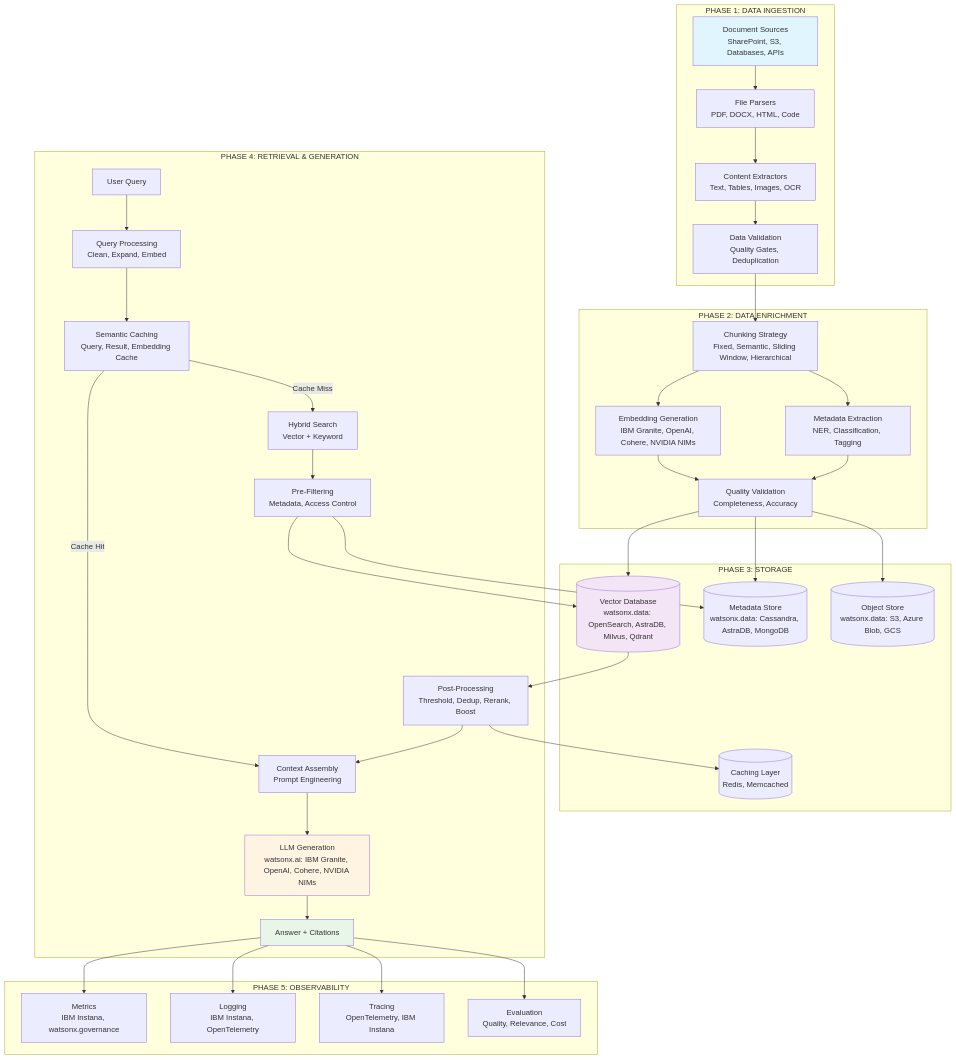
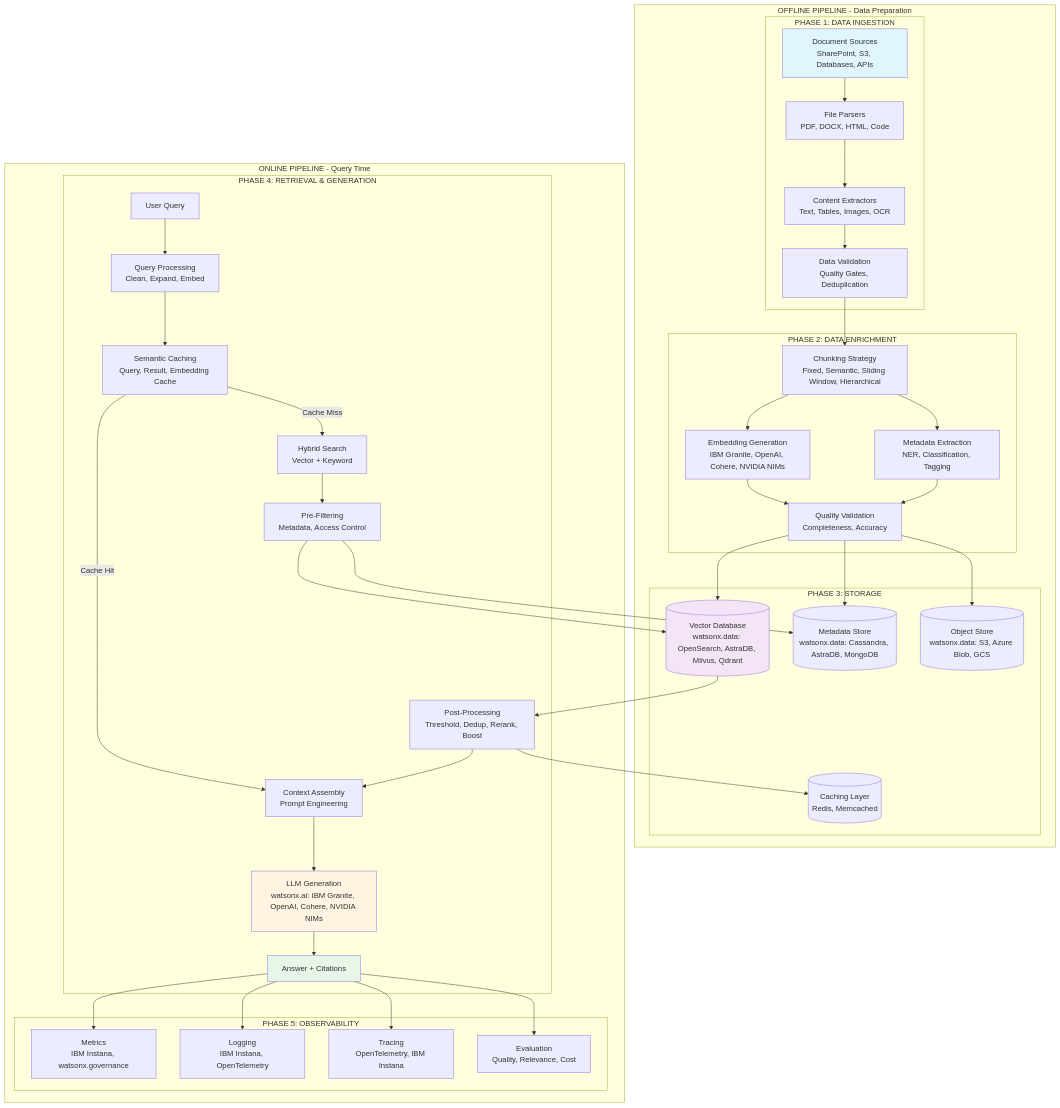
One commit to pravinbhat/pravinbhat.github.io changed the first of 5 diagrams in Enterprise_RAG_Architecture_Guide.md. Above: the diagram before and after it, drawn with Mermaid. The commit also changed other lines of this file, not shown here.

Commit message:
Reduced redundancy by combining ref-arch with data-flow diagrams

````diff
--- a/Enterprise_RAG_Architecture_Guide.md
+++ b/Enterprise_RAG_Architecture_Guide.md
@@ -129,75 +109,79 @@
 ```mermaid
 graph TB
-    subgraph "PHASE 1: DATA INGESTION"
-        Sources[Document Sources<br/>SharePoint, S3, Databases, APIs]
-        Parsers[File Parsers<br/>PDF, DOCX, HTML, Code]
-        Extractors[Content Extractors<br/>Text, Tables, Images, OCR]
-        Validation[Data Validation<br/>Quality Gates, Deduplication]
+    subgraph "OFFLINE PIPELINE - Data Preparation"
+        subgraph "PHASE 1: DATA INGESTION"
+            Sources[Document Sources<br/>SharePoint, S3, Databases, APIs]
+            Parsers[File Parsers<br/>PDF, DOCX, HTML, Code]
+            Extractors[Content Extractors<br/>Text, Tables, Images, OCR]
+            Validation[Data Validation<br/>Quality Gates, Deduplication]
+            
+            Sources --> Parsers
+            Parsers --> Extractors
+            Extractors --> Validation
+        end
         
-        Sources --> Parsers
-        Parsers --> Extractors
-        Extractors --> Validation
+        subgraph "PHASE 2: DATA ENRICHMENT"
+            Chunking[Chunking Strategy<br/>Fixed, Semantic, Sliding Window, Hierarchical]
+            Embedding[Embedding Generation<br/>IBM Granite, OpenAI, Cohere, NVIDIA NIMs]
+            Metadata[Metadata Extraction<br/>NER, Classification, Tagging]
+            QualityCheck[Quality Validation<br/>Completeness, Accuracy]
+            
+            Validation --> Chunking
+            Chunking --> Embedding
+            Chunking --> Metadata
+            Embedding --> QualityCheck
+            Metadata --> QualityCheck
+        end
+        
+        subgraph "PHASE 3: STORAGE"
+            VectorDB[(Vector Database<br/>watsonx.data: OpenSearch, AstraDB, Milvus, Qdrant)]
+            MetadataDB[(Metadata Store<br/>watsonx.data: Cassandra, AstraDB, MongoDB)]
+            DocStore[(Object Store<br/>watsonx.data: S3, Azure Blob, GCS)]
+            Cache[(Caching Layer<br/>Redis, Memcached)]
+            
+            QualityCheck --> VectorDB
+            QualityCheck --> MetadataDB
+            QualityCheck --> DocStore
+        end
     end
     
-    subgraph "PHASE 2: DATA ENRICHMENT"
-        Chunking[Chunking Strategy<br/>Fixed, Semantic, Sliding Window, Hierarchical]
-        Embedding[Embedding Generation<br/>IBM Granite, OpenAI, Cohere, NVIDIA NIMs]
-        Metadata[Metadata Extraction<br/>NER, Classification, Tagging]
-        QualityCheck[Quality Validation<br/>Completeness, Accuracy]
+    subgraph "ONLINE PIPELINE - Query Time"
+        subgraph "PHASE 4: RETRIEVAL & GENERATION"
+            Query[User Query]
+            QueryProc[Query Processing<br/>Clean, Expand, Embed]
+            HybridSearch[Hybrid Search<br/>Vector + Keyword]
+            PreFilter[Pre-Filtering<br/>Metadata, Access Control]
+            PostProc[Post-Processing<br/>Threshold, Dedup, Rerank, Boost]
+            SemanticCache[Semantic Caching<br/>Query, Result, Embedding Cache]
+            Context[Context Assembly<br/>Prompt Engineering]
+            LLM[LLM Generation<br/>watsonx.ai: IBM Granite, OpenAI, Cohere, NVIDIA NIMs]
+            Response[Answer + Citations]
+            
+            Query --> QueryProc
+            QueryProc --> SemanticCache
+            SemanticCache -->|Cache Miss| HybridSearch
+            SemanticCache -->|Cache Hit| Context
+            HybridSearch --> PreFilter
+            PreFilter --> VectorDB
+            PreFilter --> MetadataDB
+            VectorDB --> PostProc
+            PostProc --> Context
+            Context --> LLM
+            LLM --> Response
+            PostProc --> Cache
+        end
         
-        Validation --> Chunking
-        Chunking --> Embedding
-        Chunking --> Metadata
-        Embedding --> QualityCheck
-        Metadata --> QualityCheck
-    end
-    
-    subgraph "PHASE 3: STORAGE"
-        VectorDB[(Vector Database<br/>watsonx.data: OpenSearch, AstraDB, Milvus, Qdrant)]
-        MetadataDB[(Metadata Store<br/>watsonx.data: Cassandra, AstraDB, MongoDB)]
-        DocStore[(Object Store<br/>watsonx.data: S3, Azure Blob, GCS)]
-        Cache[(Caching Layer<br/>Redis, Memcached)]
-        
-        QualityCheck --> VectorDB
-        QualityCheck --> MetadataDB
-        QualityCheck --> DocStore
-    end
-    
-    subgraph "PHASE 4: RETRIEVAL & GENERATION"
-        Query[User Query]
-        QueryProc[Query Processing<br/>Clean, Expand, Embed]
-        HybridSearch[Hybrid Search<br/>Vector + Keyword]
-        PreFilter[Pre-Filtering<br/>Metadata, Access Control]
-        PostProc[Post-Processing<br/>Threshold, Dedup, Rerank, Boost]
-        SemanticCache[Semantic Caching<br/>Query, Result, Embedding Cache]
-        Context[Context Assembly<br/>Prompt Engineering]
-        LLM[LLM Generation<br/>watsonx.ai: IBM Granite, OpenAI, Cohere, NVIDIA NIMs]
-        Response[Answer + Citations]
-        
-        Query --> QueryProc
-        QueryProc --> SemanticCache
-        SemanticCache -->|Cache Miss| HybridSearch
-        SemanticCache -->|Cache Hit| Context
-        HybridSearch --> PreFilter
-        PreFilter --> VectorDB
-        PreFilter --> MetadataDB
-        VectorDB --> PostProc
-        PostProc --> Context
-        Context --> LLM
-        LLM --> Response
-        PostProc --> Cache
-    end
-    
-    subgraph "PHASE 5: OBSERVABILITY"
-        Metrics[Metrics<br/>IBM Instana, watsonx.governance]
-        Logging[Logging<br/>IBM Instana, OpenTelemetry]
-        Tracing[Tracing<br/>OpenTelemetry, IBM Instana]
-        Evaluation[Evaluation<br/>Quality, Relevance, Cost]
-        
-        Response --> Metrics
-        Response --> Logging
-        Response --> Tracing
-        Response --> Evaluation
+        subgraph "PHASE 5: OBSERVABILITY"
+            Metrics[Metrics<br/>IBM Instana, watsonx.governance]
+            Logging[Logging<br/>IBM Instana, OpenTelemetry]
+            Tracing[Tracing<br/>OpenTelemetry, IBM Instana]
+            Evaluation[Evaluation<br/>Quality, Relevance, Cost]
+            
+            Response --> Metrics
+            Response --> Logging
+            Response --> Tracing
+            Response --> Evaluation
+        end
     end
     
     style Sources fill:#e1f5ff
````
